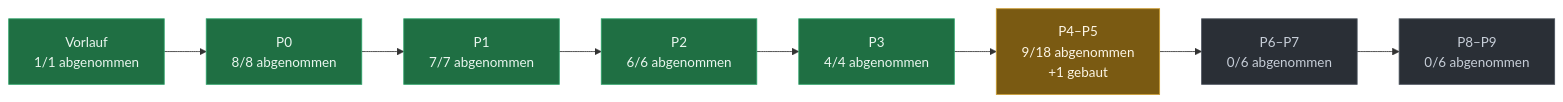
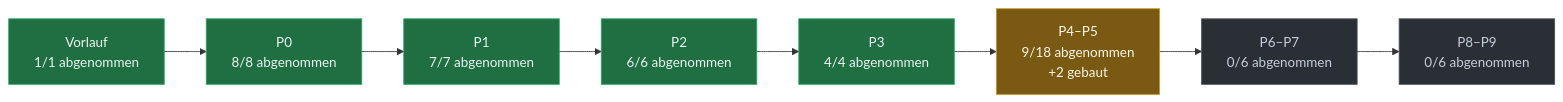
Before and after one commit to evenacadia-tech/Nakama: the diagram in docs/PLAN-STAND.md, drawn with Mermaid. The commit also changed other lines of this file and 4 other files, not shown here.

````diff
--- a/docs/PLAN-STAND.md
+++ b/docs/PLAN-STAND.md
@@ -40,21 +40,21 @@
 ```mermaid
 flowchart LR
   P0["Vorlauf<br/>1/1 abgenommen"]:::fertig
   P1["P0<br/>8/8 abgenommen"]:::fertig
   P0 --> P1
   P2["P1<br/>7/7 abgenommen"]:::fertig
   P1 --> P2
   P3["P2<br/>6/6 abgenommen"]:::fertig
   P2 --> P3
   P4["P3<br/>4/4 abgenommen"]:::fertig
   P3 --> P4
-  P5["P4–P5<br/>9/18 abgenommen<br/>+1 gebaut"]:::laeuft
+  P5["P4–P5<br/>9/18 abgenommen<br/>+2 gebaut"]:::laeuft
   P4 --> P5
   P6["P6–P7<br/>0/6 abgenommen"]:::offen
   P5 --> P6
   P7["P8–P9<br/>0/6 abgenommen"]:::offen
   P6 --> P7
   classDef fertig fill:#1f6f43,stroke:#2ea36a,color:#eaf6ef
   classDef laeuft fill:#7a5a12,stroke:#c99a2e,color:#fdf6e6
   classDef offen  fill:#2a2f36,stroke:#4a525c,color:#c7ced8
 ```
````
